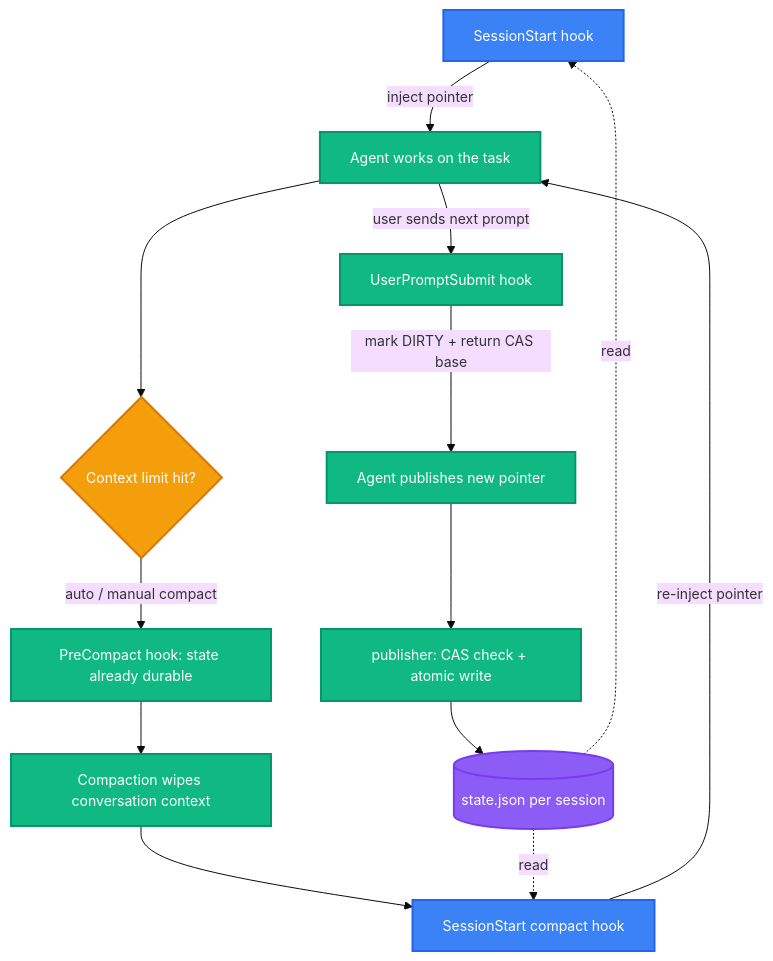
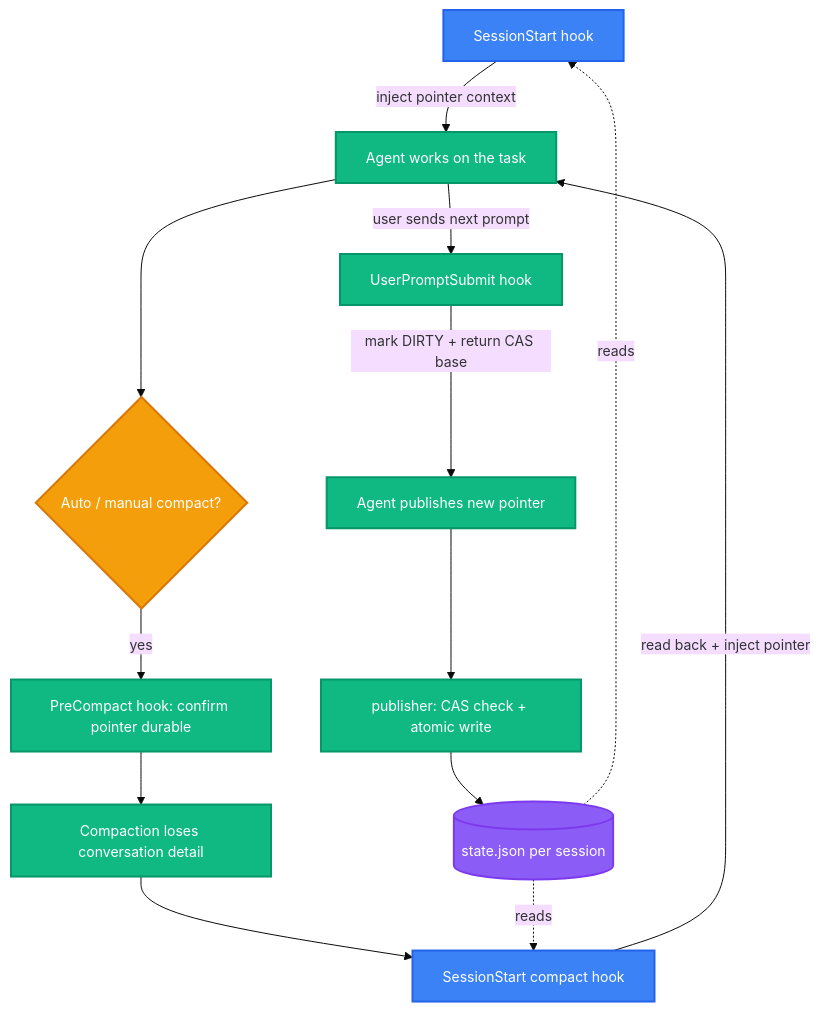
One commit to big0lives/codex-task-pointer changed the diagram in README.md. Above: the diagram before and after it, drawn with Mermaid. The commit also changed other lines of this file and 1 other file, not shown here.

````diff
--- a/README.md
+++ b/README.md
@@ -115,26 +124,26 @@
 ```mermaid
 %%{init: {'theme': 'base', 'themeVariables': {'fontSize': '14px'}}}%%
 flowchart TD
-    A[SessionStart hook] -->|inject pointer| B[Agent works on the task]
+    A[SessionStart hook] -->|inject pointer context| B[Agent works on the task]
     B -->|user sends next prompt| C[UserPromptSubmit hook]
     C -->|mark DIRTY + return CAS base| D[Agent publishes new pointer]
     D --> E[publisher: CAS check + atomic write]
     E --> F[(state.json per session)]
-    B --> G{Context limit hit?}
-    G -->|auto / manual compact| H[PreCompact hook: state already durable]
-    H --> I[Compaction wipes conversation context]
+    B --> G{Auto / manual compact?}
+    G -->|yes| H[PreCompact hook: confirm pointer durable]
+    H --> I[Compaction loses conversation detail]
     I --> J[SessionStart compact hook]
-    J -->|re-inject pointer| B
-    F -.read.-> A
-    F -.read.-> J
+    J -->|read back + inject pointer| B
+    F -.reads.-> A
+    F -.reads.-> J
 
     classDef start fill:#3B82F6,stroke:#2563EB,color:#fff,stroke-width:2px
     classDef process fill:#10B981,stroke:#059669,color:#fff,stroke-width:2px
     classDef decision fill:#F59E0B,stroke:#D97706,color:#fff,stroke-width:2px
     classDef storage fill:#8B5CF6,stroke:#7C3AED,color:#fff,stroke-width:2px
 
     class A,J start
     class B,C,D,E,H,I process
     class G decision
     class F storage
 ```
````
